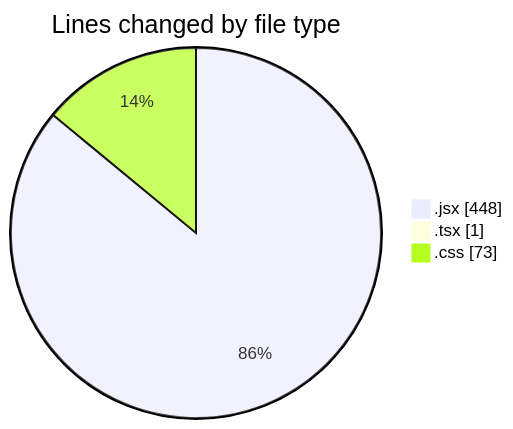
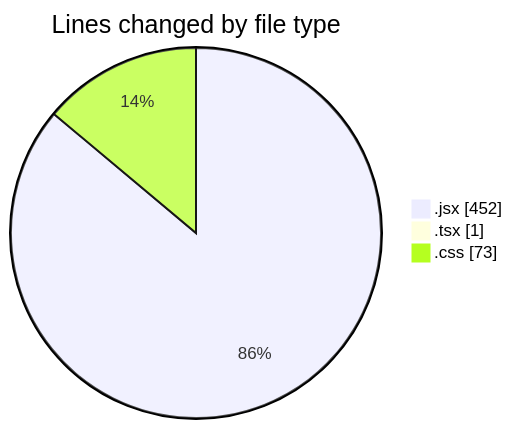
The first of 2 diagrams in 2025-02-10/react_ecom/README.md (Elitesun/code-tracking), drawn with Mermaid before and after one commit. The commit also changed other lines of this file and 1 other file, not shown here.

````diff
--- a/2025-02-10/react_ecom/README.md
+++ b/2025-02-10/react_ecom/README.md
@@ -29,7 +29,7 @@
 ```mermaid
 pie showData
 title Lines changed by file type
-".jsx" : 448
+".jsx" : 452
 ".tsx" : 1
 ".css" : 73
 ```
````
